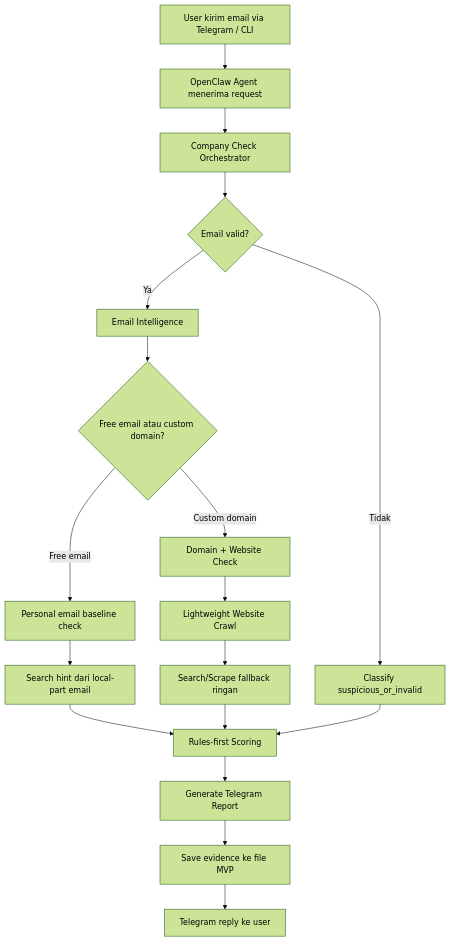
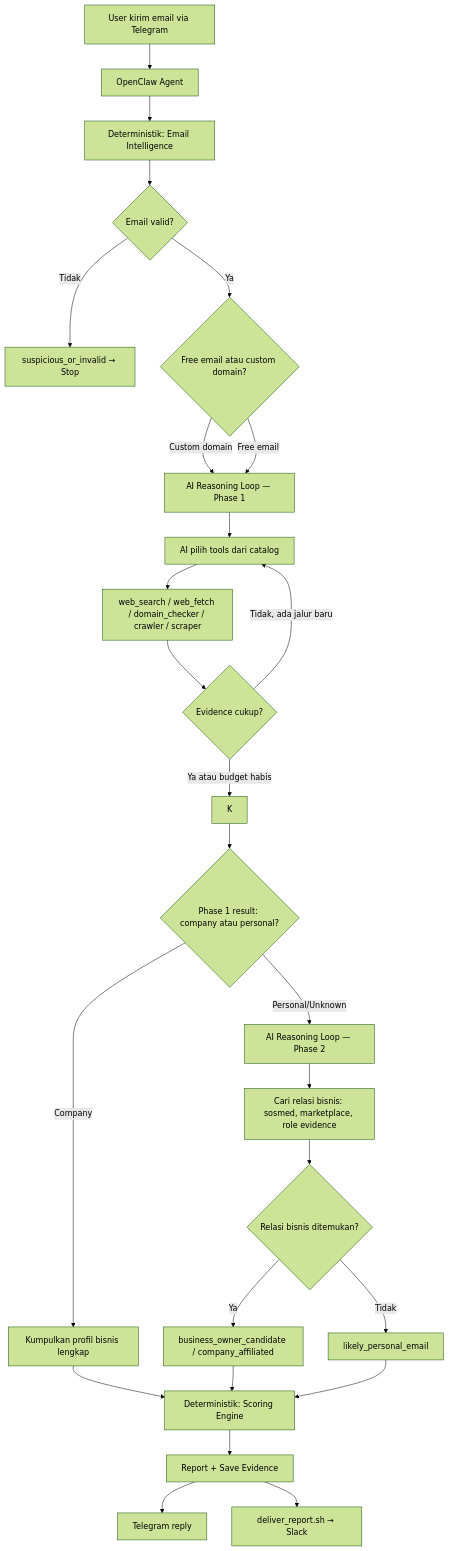
One commit to nunutech40/company-detector-bot changed the first of 3 diagrams in docs/product/HIGH_LEVEL_BUSINESS_FLOW.md. Above: the diagram before and after it, drawn with Mermaid (forest theme). The commit also changed other lines of this file, not shown here.

First line of the commit message:
flowchart: update HIGH_LEVEL_BUSINESS_FLOW untuk Phase A aktif

````diff
--- a/docs/product/HIGH_LEVEL_BUSINESS_FLOW.md
+++ b/docs/product/HIGH_LEVEL_BUSINESS_FLOW.md
@@ -65,26 +43,35 @@
 ```mermaid
 flowchart TD
-    A[User kirim email via Telegram / CLI] --> B[OpenClaw Agent menerima request]
-    B --> C[Company Check Orchestrator]
+    A[User kirim email via Telegram] --> B[OpenClaw Agent]
+    B --> C[Deterministik: Email Intelligence]
     C --> D{Email valid?}
 
-    D -- Tidak --> E[Classify suspicious_or_invalid]
-    D -- Ya --> F[Email Intelligence]
+    D -- Tidak --> E[suspicious_or_invalid → Stop]
+    D -- Ya --> F{Free email atau custom domain?}
 
-    F --> G{Free email atau custom domain?}
+    F -- Custom domain --> G[AI Reasoning Loop — Phase 1]
+    F -- Free email --> G
 
-    G -- Free email --> H[Personal email baseline check]
-    H --> I[Search hint dari local-part email]
+    G --> H[AI pilih tools dari catalog]
+    H --> I[web_search / web_fetch / domain_checker / crawler / scraper]
+    I --> J{Evidence cukup?}
+    J -- Tidak, ada jalur baru --> H
+    J -- Ya atau budget habis --> K
 
-    G -- Custom domain --> J[Domain + Website Check]
-    J --> K[Lightweight Website Crawl]
-    K --> L[Search/Scrape fallback ringan]
+    K --> L{Phase 1 result: company atau personal?}
+    L -- Company --> M[Kumpulkan profil bisnis lengkap]
+    L -- Personal/Unknown --> N[AI Reasoning Loop — Phase 2]
 
-    I --> M[Rules-first Scoring]
-    L --> M
-    E --> M
+    N --> O[Cari relasi bisnis: sosmed, marketplace, role evidence]
+    O --> P{Relasi bisnis ditemukan?}
+    P -- Ya --> Q[business_owner_candidate / company_affiliated]
+    P -- Tidak --> R[likely_personal_email]
 
-    M --> N[Generate Telegram Report]
-    N --> O[Save evidence ke file MVP]
-    O --> P[Telegram reply ke user]
+    M --> S[Deterministik: Scoring Engine]
+    Q --> S
+    R --> S
+
+    S --> T[Report + Save Evidence]
+    T --> U[Telegram reply]
+    T --> V[deliver_report.sh → Slack]
 ```
````
